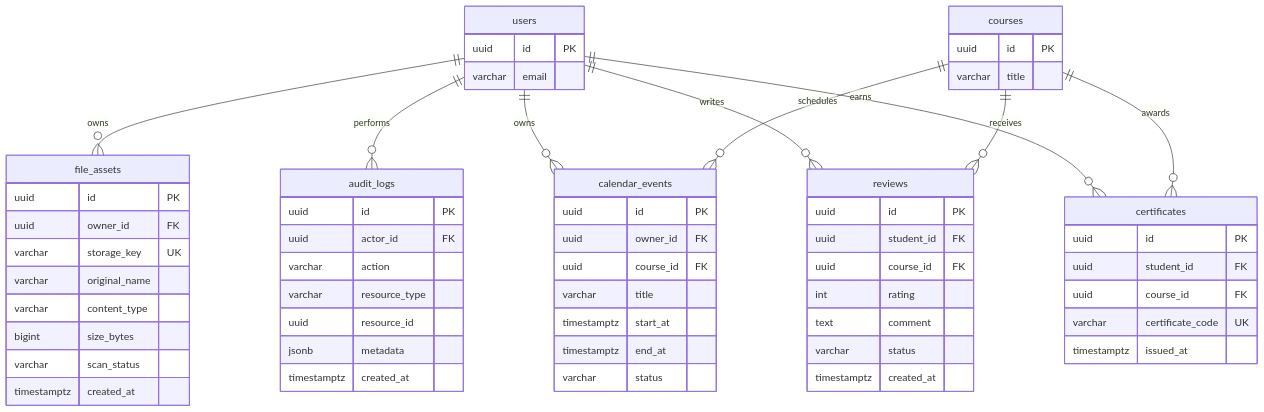
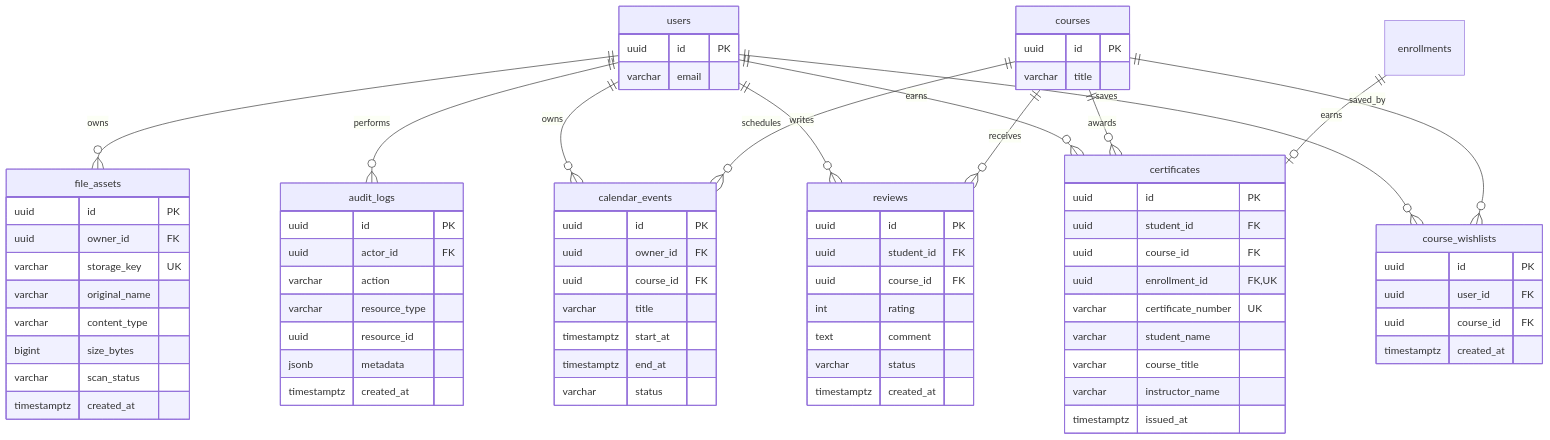
Before and after one commit to teehihi/edu-alto: the diagram in docs/database/diagrams/05-system-erd.mmd, drawn with Mermaid. The commit also changed 126 other files, not shown here.

```diff
--- a/docs/database/diagrams/05-system-erd.mmd
+++ b/docs/database/diagrams/05-system-erd.mmd
@@ -1,62 +1,76 @@
 erDiagram
   users {
     uuid id PK
     varchar email
   }
   courses {
     uuid id PK
     varchar title
   }
   file_assets {
     uuid id PK
     uuid owner_id FK
     varchar storage_key UK
     varchar original_name
     varchar content_type
     bigint size_bytes
     varchar scan_status
     timestamptz created_at
   }
   audit_logs {
     uuid id PK
     uuid actor_id FK
     varchar action
     varchar resource_type
     uuid resource_id
     jsonb metadata
     timestamptz created_at
   }
   calendar_events {
     uuid id PK
     uuid owner_id FK
     uuid course_id FK
     varchar title
     timestamptz start_at
     timestamptz end_at
     varchar status
   }
   reviews {
     uuid id PK
     uuid student_id FK
     uuid course_id FK
     int rating
     text comment
     varchar status
     timestamptz created_at
   }
   certificates {
     uuid id PK
     uuid student_id FK
     uuid course_id FK
-    varchar certificate_code UK
+    uuid enrollment_id FK, UK
+    varchar certificate_number UK
+    varchar student_name
+    varchar course_title
+    varchar instructor_name
     timestamptz issued_at
+  }
+  course_wishlists {
+    uuid id PK
+    uuid user_id FK
+    uuid course_id FK
+    timestamptz created_at
+    %% unique(user_id, course_id)
   }
 
   users ||--o{ file_assets : owns
   users ||--o{ audit_logs : performs
   users ||--o{ calendar_events : owns
   courses ||--o{ calendar_events : schedules
   users ||--o{ reviews : writes
   courses ||--o{ reviews : receives
   users ||--o{ certificates : earns
   courses ||--o{ certificates : awards
+  enrollments ||--o| certificates : earns
+  users ||--o{ course_wishlists : saves
+  courses ||--o{ course_wishlists : saved_by
```
